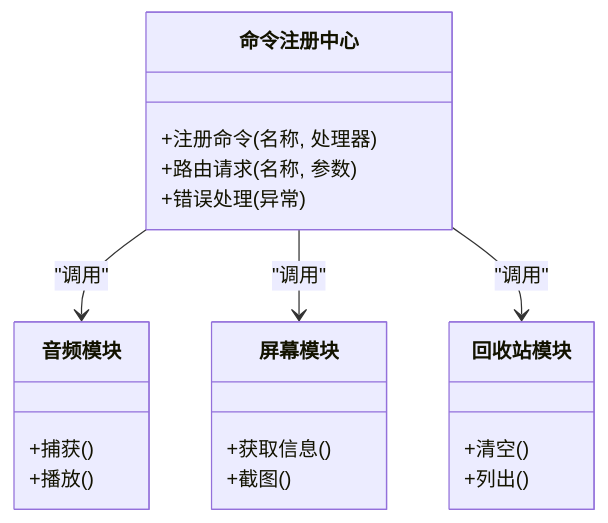
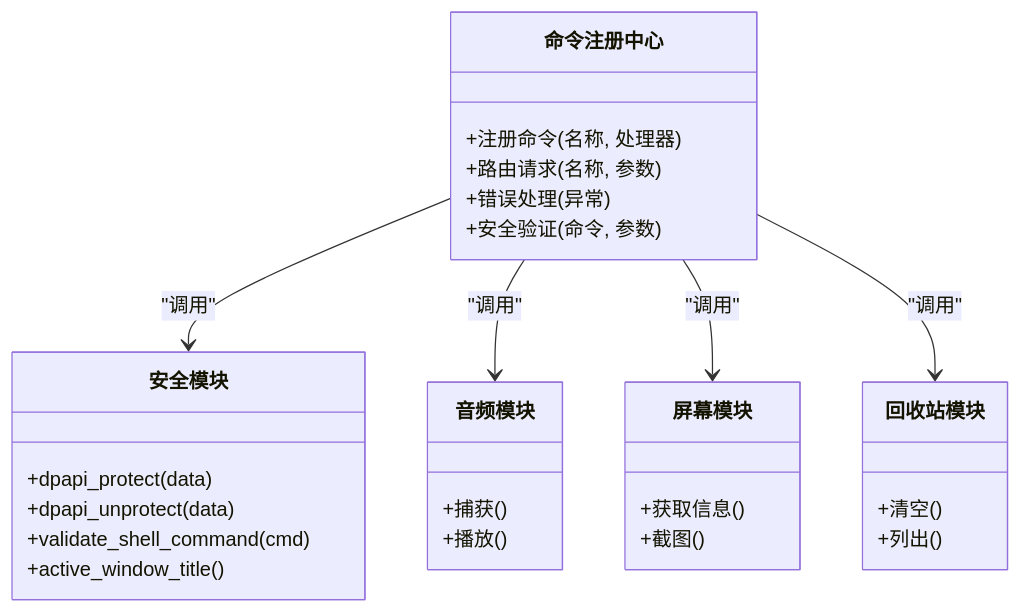
Before and after one commit to Wumiu/Petra: the fourth of 5 diagrams in .qoder/repowiki/zh/content/系统集成/Tauri后端核心.md, drawn with Mermaid. The commit also changed other lines of this file and 45 other files, not shown here.

````diff
--- a/.qoder/repowiki/zh/content/系统集成/Tauri后端核心.md
+++ b/.qoder/repowiki/zh/content/系统集成/Tauri后端核心.md
@@ -164,23 +176,31 @@
 ```mermaid
 classDiagram
 class 命令注册中心 {
 +注册命令(名称, 处理器)
 +路由请求(名称, 参数)
 +错误处理(异常)
++安全验证(命令, 参数)
+}
+class 安全模块 {
++dpapi_protect(data)
++dpapi_unprotect(data)
++validate_shell_command(cmd)
++active_window_title()
 }
 class 音频模块 {
 +捕获()
 +播放()
 }
 class 屏幕模块 {
 +获取信息()
 +截图()
 }
 class 回收站模块 {
 +清空()
 +列出()
 }
+命令注册中心 --> 安全模块 : "调用"
 命令注册中心 --> 音频模块 : "调用"
 命令注册中心 --> 屏幕模块 : "调用"
 命令注册中心 --> 回收站模块 : "调用"
 ```
````
